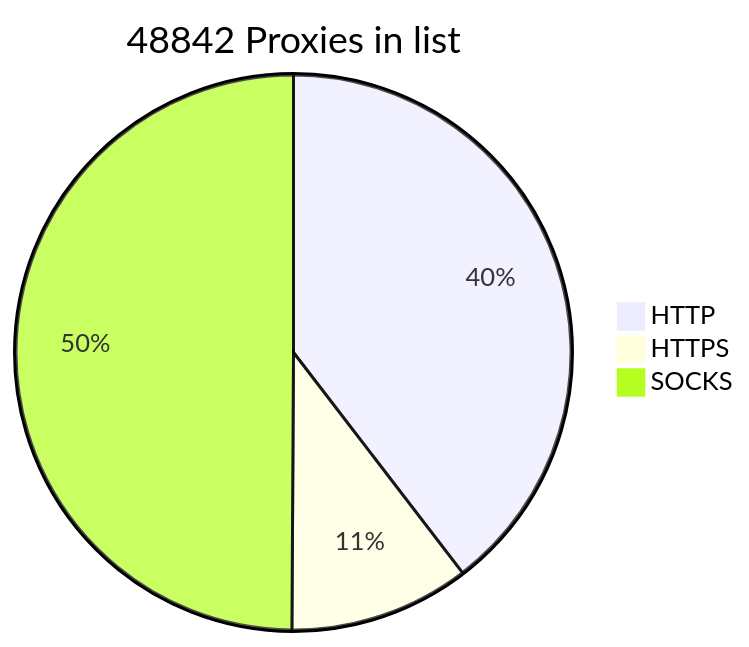
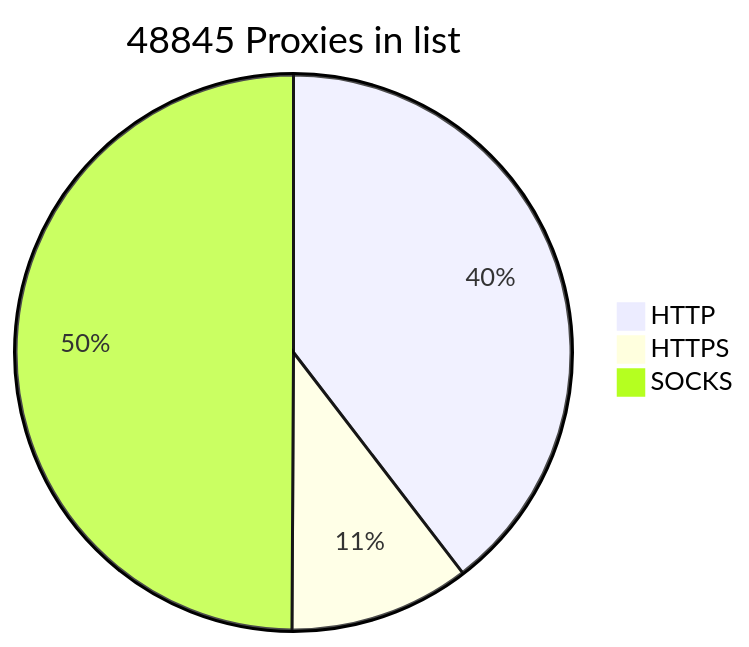
Before and after one commit to BlackSnowDot/proxylist-update-every-minute: the diagram in README.md, drawn with Mermaid.

````diff
--- a/README.md
+++ b/README.md
@@ -2,6 +2,6 @@
 ```mermaid
-pie title 48842 Proxies in list
+pie title 48845 Proxies in list
     "HTTP" : 21312
-    "HTTPS": 5658
-    "SOCKS" : 26873
+    "HTTPS": 5659
+    "SOCKS" : 26876
 ```
````
